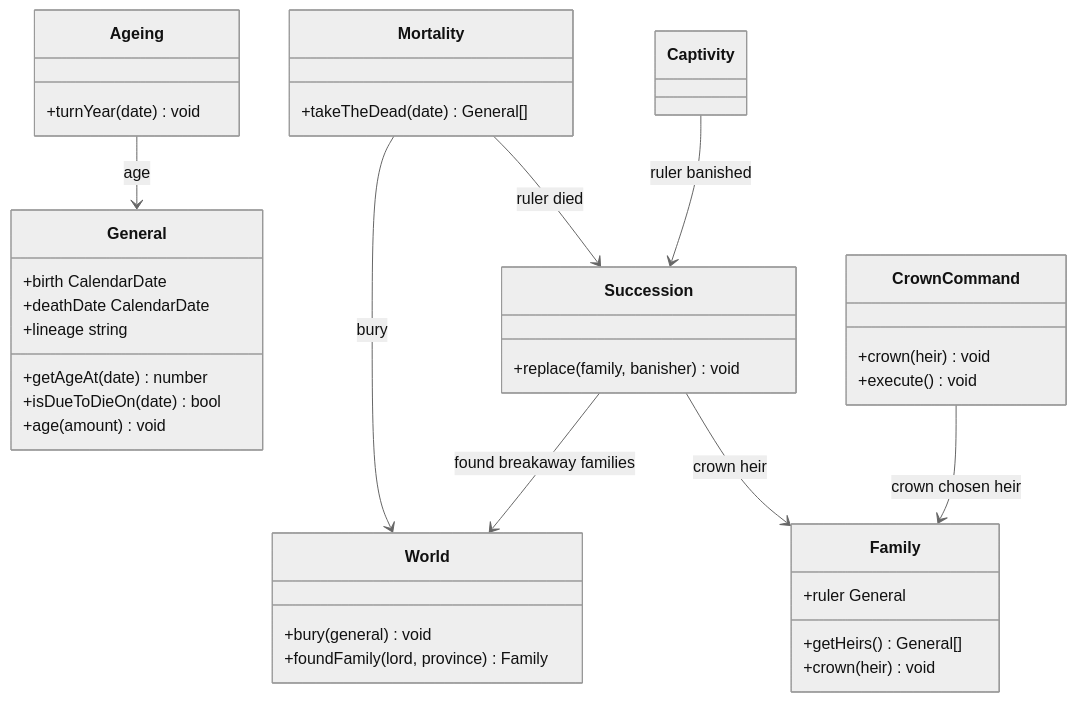
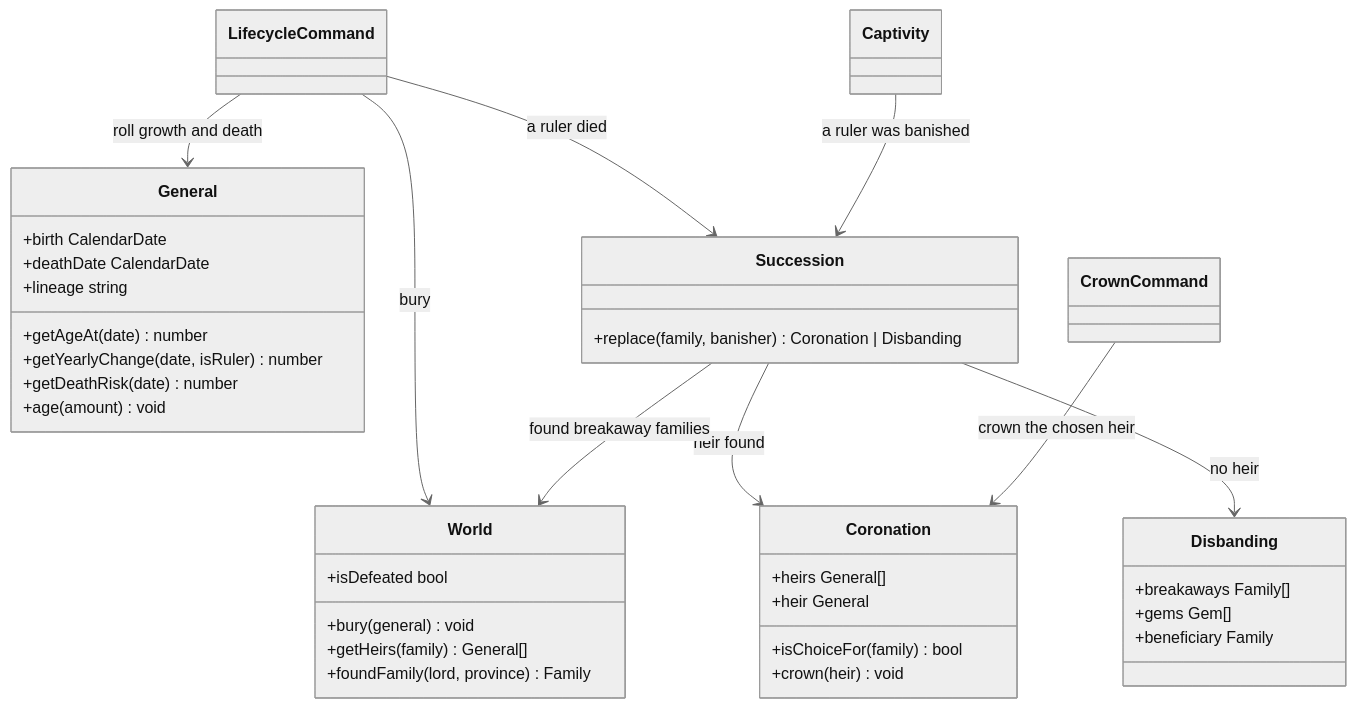
Before and after one commit to pslotinsky/kunstkamera: the second of 3 diagrams in gemfire/docs/design/11-character-lifecycle.md, drawn with Mermaid (neutral theme). The commit also changed other lines of this file and 31 other files, not shown here.

Commit message:
feat(gemfire): grow old, die, and pass the crown to an heir

````diff
--- a/gemfire/docs/design/11-character-lifecycle.md
+++ b/gemfire/docs/design/11-character-lifecycle.md
@@ -108,40 +108,42 @@
 ```mermaid
 classDiagram
   class General {
     +birth CalendarDate
     +deathDate CalendarDate
     +lineage string
     +getAgeAt(date) number
-    +isDueToDieOn(date) bool
+    +getYearlyChange(date, isRuler) number
+    +getDeathRisk(date) number
     +age(amount) void
   }
-  class Family {
-    +ruler General
-    +getHeirs() General[]
+  class Succession {
+    +replace(family, banisher) Coronation | Disbanding
+  }
+  class Coronation {
+    +heirs General[]
+    +heir General
+    +isChoiceFor(family) bool
     +crown(heir) void
   }
-  class Ageing {
-    +turnYear(date) void
-  }
-  class Mortality {
-    +takeTheDead(date) General[]
-  }
-  class Succession {
-    +replace(family, banisher) void
+  class Disbanding {
+    +breakaways Family[]
+    +gems Gem[]
+    +beneficiary Family
   }
   class World {
     +bury(general) void
+    +getHeirs(family) General[]
     +foundFamily(lord, province) Family
+    +isDefeated bool
   }
-  class CrownCommand {
-    +crown(heir) void
-    +execute() void
-  }
-  Ageing --> General : age
-  Mortality --> World : bury
-  Mortality --> Succession : ruler died
-  Captivity --> Succession : ruler banished
-  Succession --> Family : crown heir
+  class LifecycleCommand
+  class CrownCommand
+  LifecycleCommand --> General : roll growth and death
+  LifecycleCommand --> World : bury
+  LifecycleCommand --> Succession : a ruler died
+  Captivity --> Succession : a ruler was banished
+  Succession --> Coronation : heir found
+  Succession --> Disbanding : no heir
   Succession --> World : found breakaway families
-  CrownCommand --> Family : crown chosen heir
+  CrownCommand --> Coronation : crown the chosen heir
 ```
````
